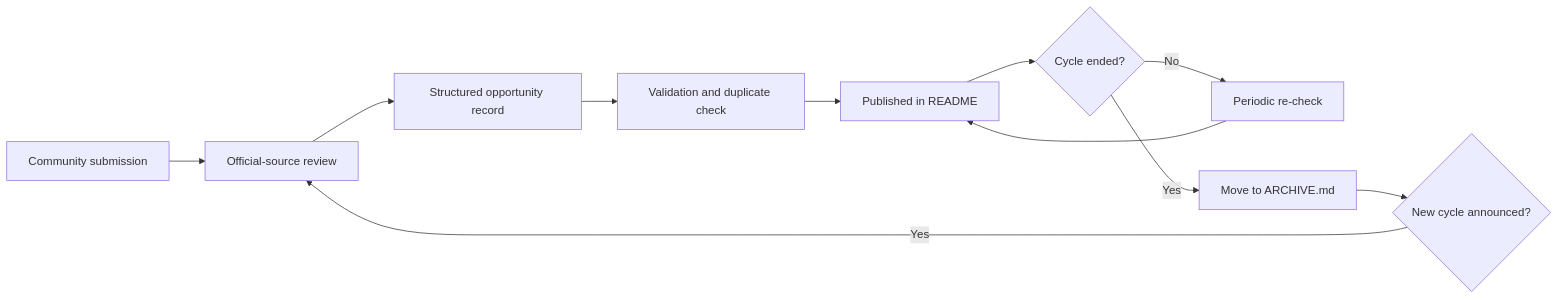
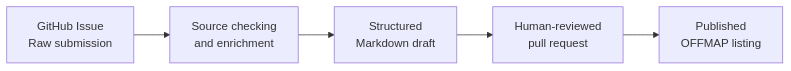
The diagram in README.md (elchrysaki/enchanted-map), drawn with Mermaid before and after one commit. The commit also changed other lines of this file, not shown here.

````diff
--- a/README.md
+++ b/README.md
@@ -415,13 +160,7 @@
 ```mermaid
 flowchart LR
-    A[Community submission] --> B[Official-source review]
-    B --> C[Structured opportunity record]
-    C --> D[Validation and duplicate check]
-    D --> E[Published in README]
-    E --> F{Cycle ended?}
-    F -- No --> G[Periodic re-check]
-    G --> E
-    F -- Yes --> H[Move to ARCHIVE.md]
-    H --> I{New cycle announced?}
-    I -- Yes --> B
+    A[GitHub Issue<br>Raw submission] --> B[Source checking<br>and enrichment]
+    B --> C[Structured<br>Markdown draft]
+    C --> D[Human-reviewed<br>pull request]
+    D --> E[Published<br>OFFMAP listing]
 ```
````
